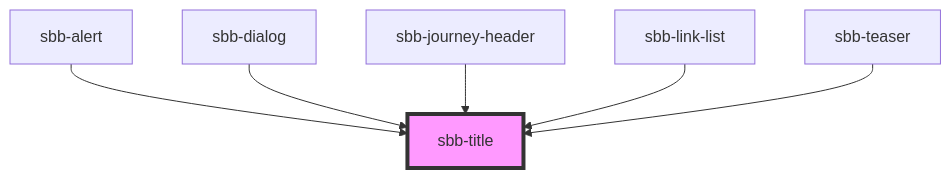
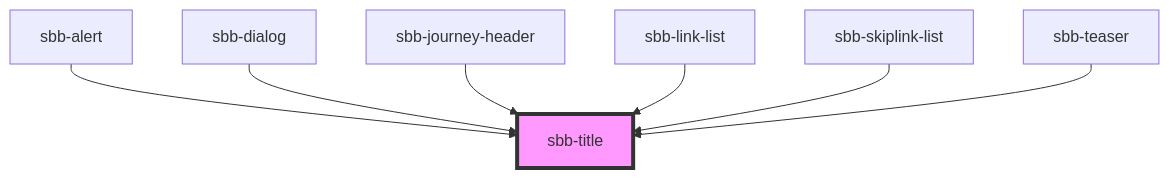
One commit to sbb-design-systems/lyne-components changed the diagram in src/components/sbb-title/readme.md. Above: the diagram before and after it, drawn with Mermaid. The commit also changed other lines of this file and 5 other files, not shown here.

````diff
--- a/src/components/sbb-title/readme.md
+++ b/src/components/sbb-title/readme.md
@@ -33,9 +34,10 @@
 ```mermaid
 graph TD;
   sbb-alert --> sbb-title
   sbb-dialog --> sbb-title
   sbb-journey-header --> sbb-title
   sbb-link-list --> sbb-title
+  sbb-skiplink-list --> sbb-title
   sbb-teaser --> sbb-title
   style sbb-title fill:#f9f,stroke:#333,stroke-width:4px
 ```
````
